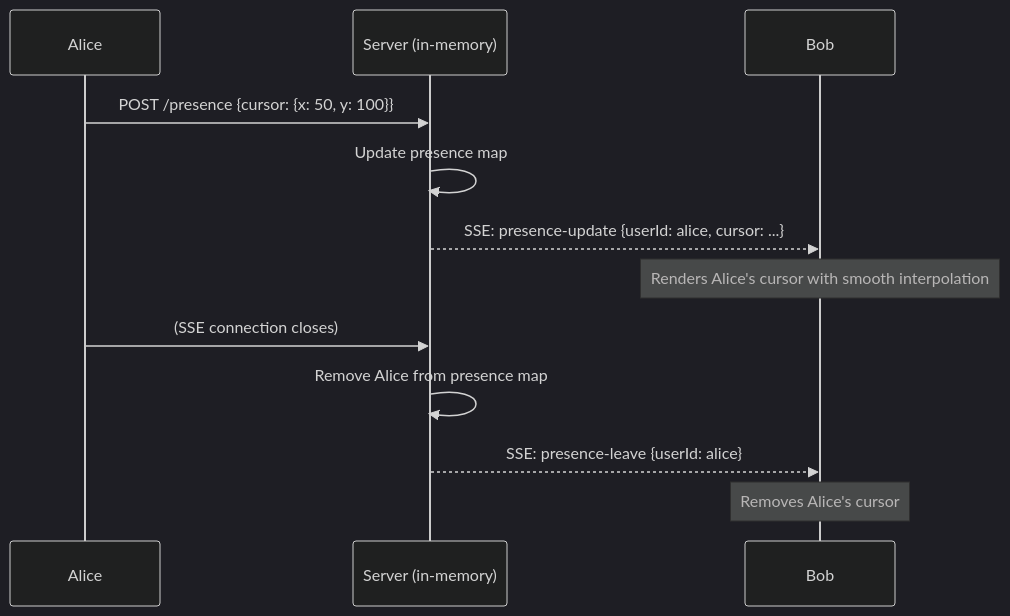
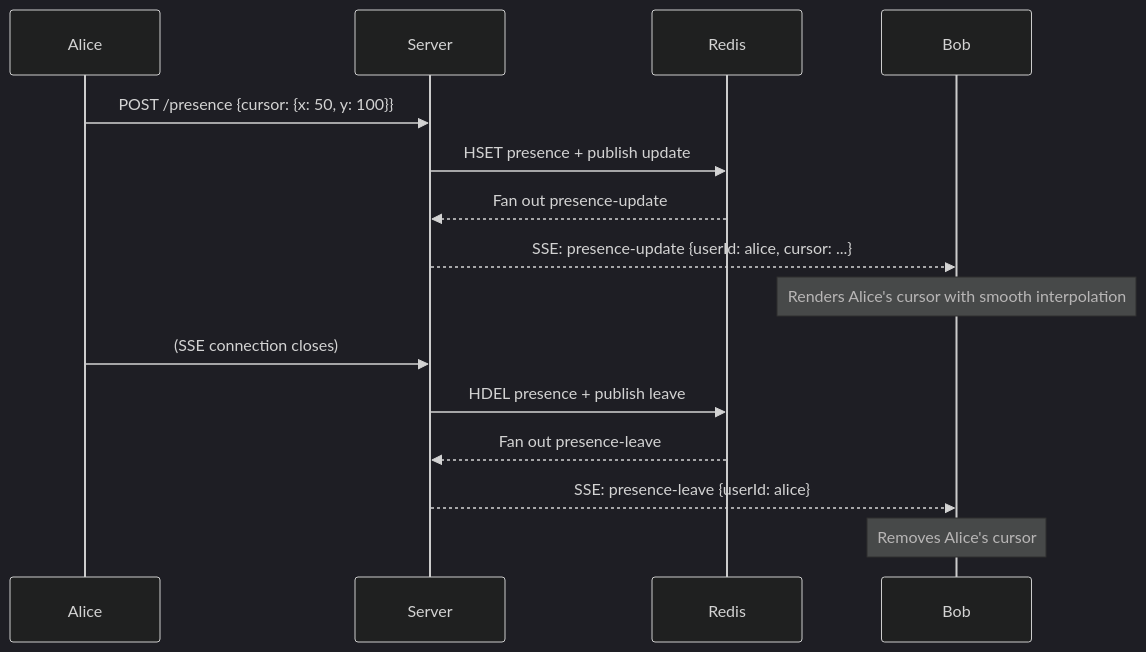
The third of 3 diagrams in README.md (sandstone991/react-flow-multiplayer-tanstack-db), drawn with Mermaid (dark theme) before and after one commit. The commit also changed other lines of this file and 11 other files, not shown here.

````diff
--- a/README.md
+++ b/README.md
@@ -261,16 +266,19 @@
 ```mermaid
 sequenceDiagram
     participant Alice
-    participant Server as Server (in-memory)
+    participant Server
+    participant Redis
     participant Bob
 
     Alice->>Server: POST /presence {cursor: {x: 50, y: 100}}
-    Server->>Server: Update presence map
+    Server->>Redis: HSET presence + publish update
+    Redis-->>Server: Fan out presence-update
     Server-->>Bob: SSE: presence-update {userId: alice, cursor: ...}
     Note over Bob: Renders Alice's cursor with smooth interpolation
 
     Alice->>Server: (SSE connection closes)
-    Server->>Server: Remove Alice from presence map
+    Server->>Redis: HDEL presence + publish leave
+    Redis-->>Server: Fan out presence-leave
     Server-->>Bob: SSE: presence-leave {userId: alice}
     Note over Bob: Removes Alice's cursor
 ```
````
